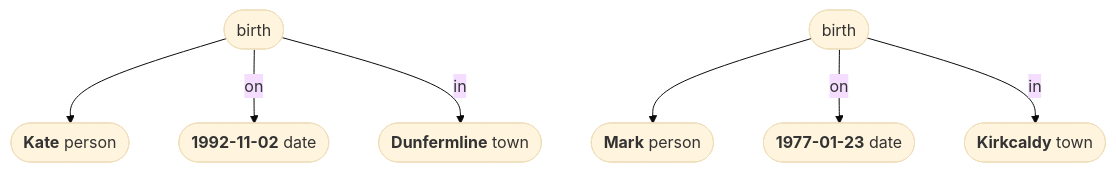
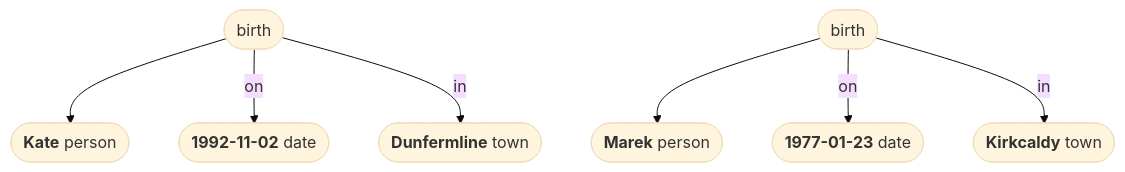
Before and after one commit to conmaol/maglocunus: the second of 10 diagrams in d/data.md, drawn with Mermaid (base theme). The commit also changed other lines of this file, not shown here.

First line of the commit message:
Correct entity name and enhance data graph

````diff
--- a/d/data.md
+++ b/d/data.md
@@ -28,17 +28,17 @@
 ```mermaid
 flowchart TD
     a([birth])
     b(["`**Kate** person`"])
     c(["`**1992-11-02** date`"])
     d(["`**Dunfermline** town`"])
     a --> b
     a -- on --> c
     a -- in --> d
     aa([birth])
-    bb(["`**Mark** person`"])
+    bb(["`**Marek** person`"])
     cc(["`**1977-01-23** date`"])
     dd(["`**Kirkcaldy** town`"])
     aa --> bb
     aa -- on --> cc
     aa -- in --> dd
 ```
````
